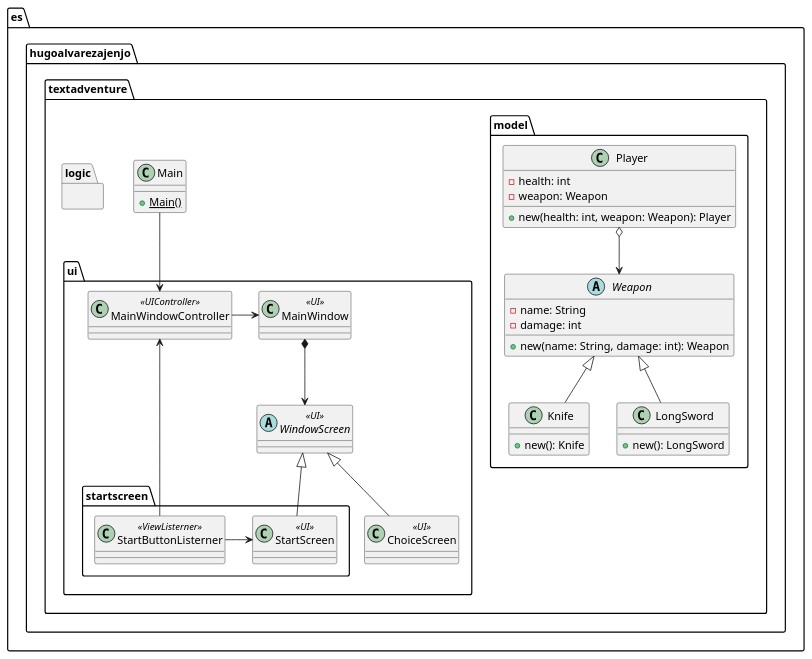
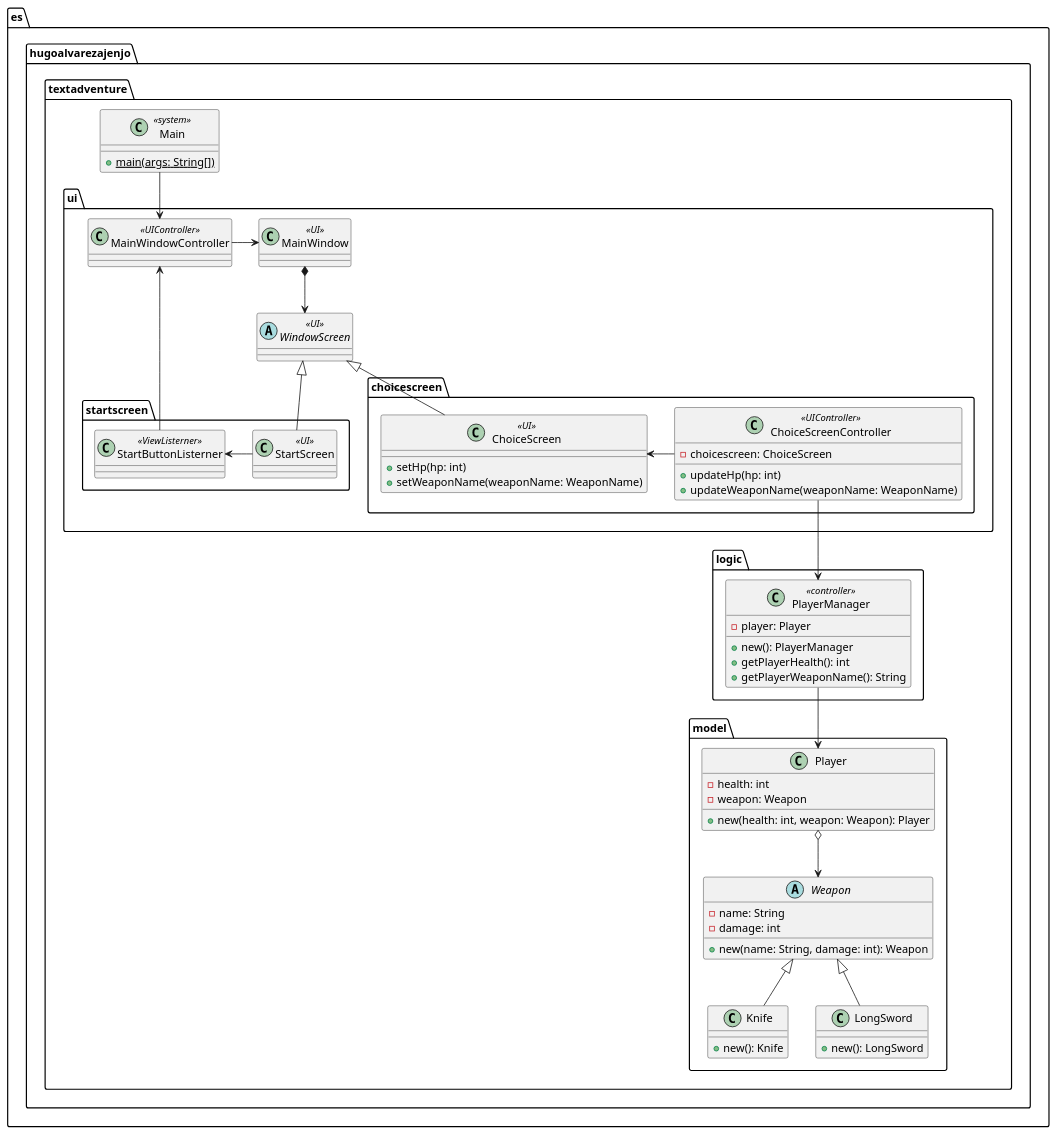
The diagram in docs/ClassDiagram.puml (HugoAlvarezAjenjo/TextAdventure), drawn with PlantUML before and after one commit.

Commit message:
docs: UML Define Classes

```diff
--- a/docs/ClassDiagram.puml
+++ b/docs/ClassDiagram.puml
@@ -1,63 +1,84 @@
 @startuml TextAdventure Class Diagram
 package es.hugoalvarezajenjo.textadventure {
     package model {
         class Player {
             - health: int
             - weapon: Weapon
             + new(health: int, weapon: Weapon): Player
         }
 
         abstract Weapon{
             - name: String
             - damage: int
             + new(name: String, damage: int): Weapon
         }
 
         class Knife {
             + new(): Knife
         }
          class LongSword {
             + new(): LongSword
         }
     }
 
     package logic {
-
+        class PlayerManager <<controller>>{
+            - player: Player
+            + new(): PlayerManager
+            + getPlayerHealth(): int
+            + getPlayerWeaponName(): String
+        }
     }
 
     package ui {
         class MainWindow <<UI>>
         class MainWindowController <<UIController>>
         abstract WindowScreen <<UI>>
 
         package startscreen {
             class StartScreen <<UI>>
             class StartButtonListerner <<ViewListerner>>
         }
-        class ChoiceScreen <<UI>>
+
+        package choicescreen {
+            class ChoiceScreen <<UI>> {
+                + setHp(hp: int)
+                + setWeaponName(weaponName: WeaponName)
+            }
+            class ChoiceScreenController <<UIController>> {
+                - choicescreen: ChoiceScreen
+                + updateHp(hp: int)
+                + updateWeaponName(weaponName: WeaponName)
+            }
+        }
 
     }
 
-    class Main {
-        + {static} Main()
+    class Main <<system>>{
+        + {static} main(args: String[])
     }
 }
 
 WindowScreen <|-- StartScreen
 WindowScreen <|-- ChoiceScreen
 
 Weapon <|-- Knife
 Weapon <|-- LongSword
 
 Main --> MainWindowController
 
 MainWindowController -> MainWindow
 
 MainWindow *--> WindowScreen
 
-StartButtonListerner -> StartScreen
+StartButtonListerner <- StartScreen
 MainWindowController <-- StartButtonListerner
+
+ChoiceScreen <- ChoiceScreenController
+ChoiceScreenController --> PlayerManager
+
+PlayerManager --> Player
 
 Player o--> Weapon
 
 @enduml
```
